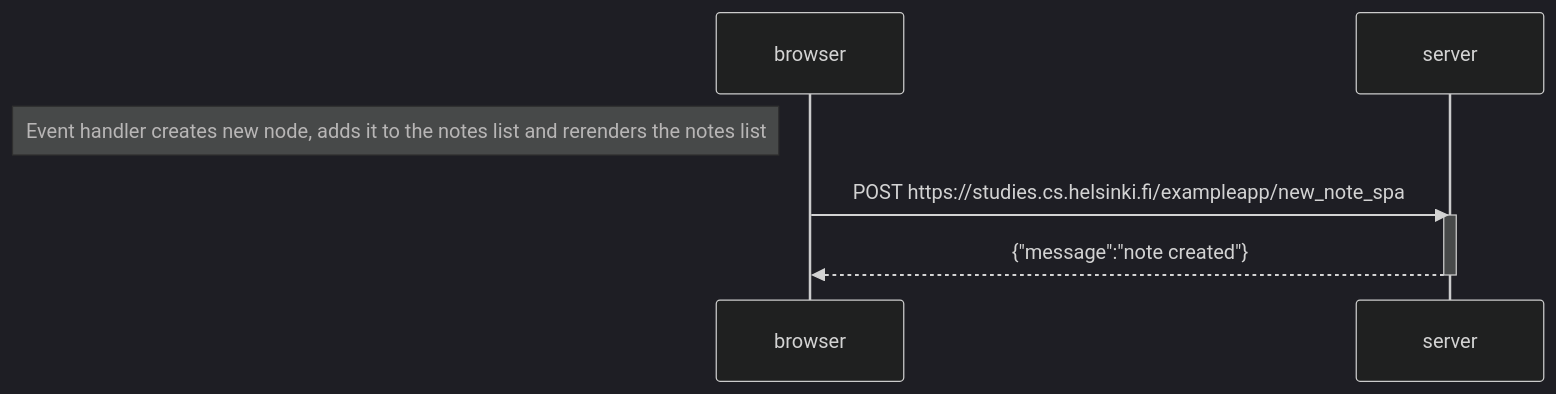
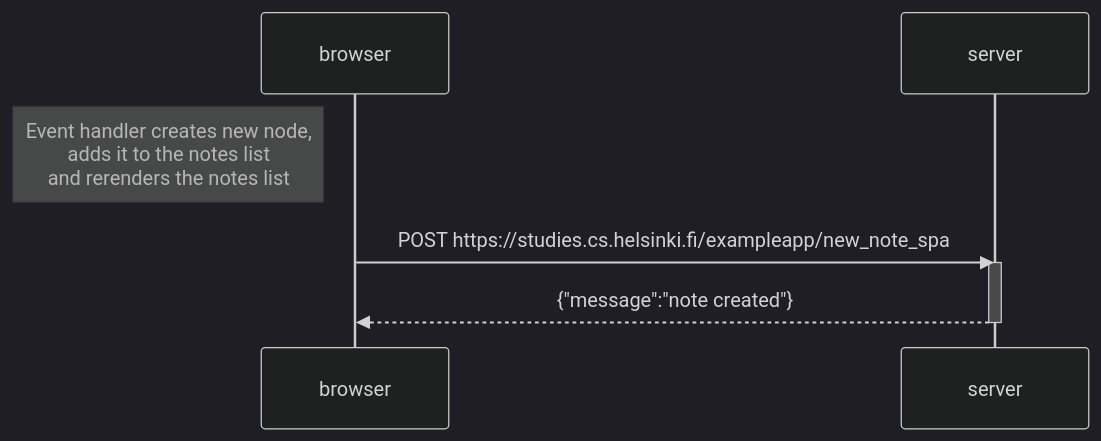
The diagram in part0/Exercise 0.6.md (chantirei/fullstack), drawn with Mermaid (dark theme) before and after one commit.

Commit message:
added linebreak

````diff
--- a/part0/Exercise 0.6.md
+++ b/part0/Exercise 0.6.md
@@ -1,12 +1,12 @@
 ```mermaid
 sequenceDiagram
 participant browser
     participant server
-    Note left of browser: Event handler creates new node, adds it to the notes list and rerenders the notes list
+    Note left of browser: Event handler creates new node,<br> adds it to the notes list <br> and rerenders the notes list
     browser->>server: POST https://studies.cs.helsinki.fi/exampleapp/new_note_spa
     activate server
     server-->>browser: {"message":"note created"}
     deactivate server
 
    
 ```
````
